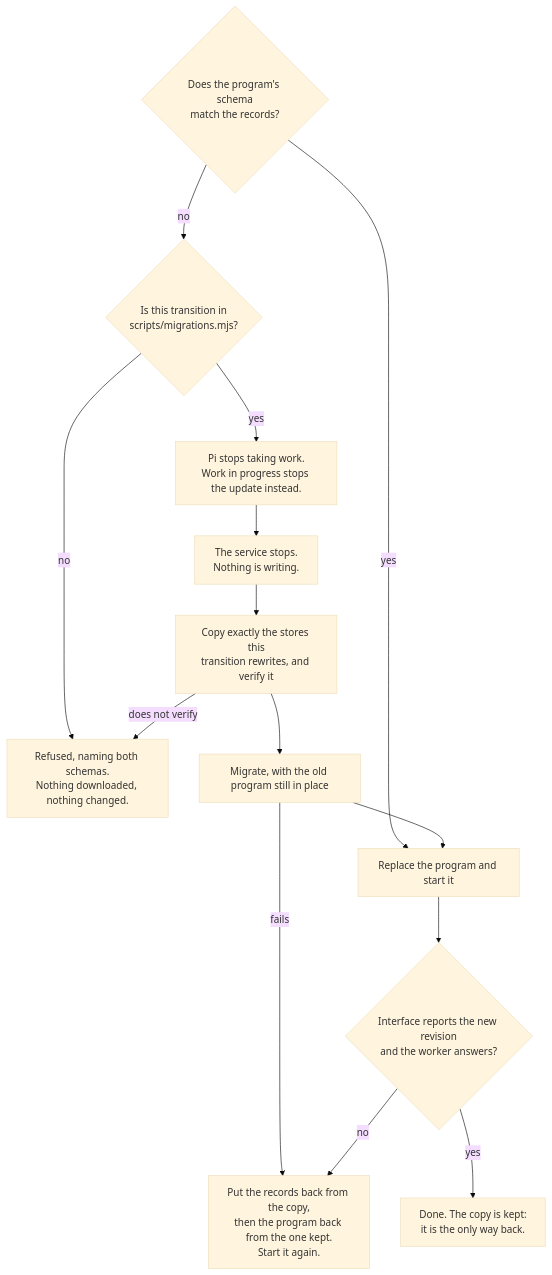
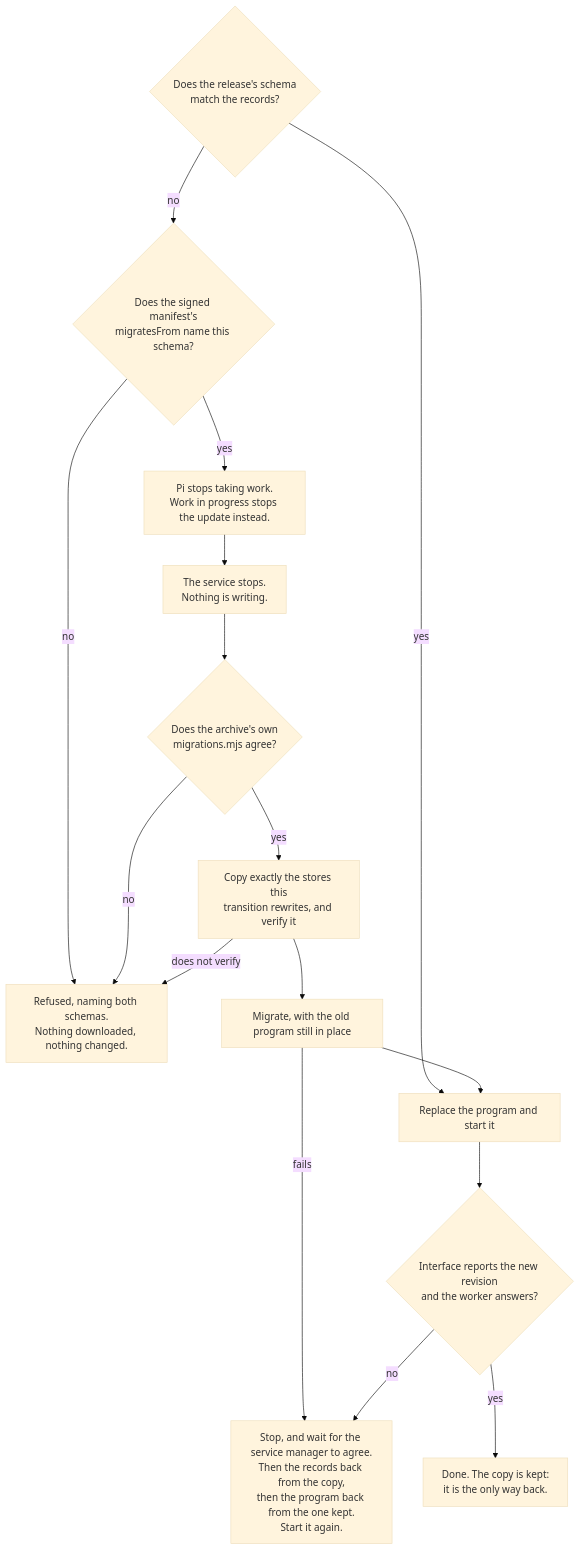
One commit to lustoykov/hallvi changed the diagram in docs/architecture/schema-migrations.md. Above: the diagram before and after it, drawn with Mermaid (base theme). The commit also changed other lines of this file and 2 other files, not shown here.

````diff
--- a/docs/architecture/schema-migrations.md
+++ b/docs/architecture/schema-migrations.md
@@ -7,17 +7,19 @@
 ```mermaid
 flowchart TD
-    ask{"Does the program's schema<br/>match the records?"}
+    ask{"Does the release's schema<br/>match the records?"}
     ask -->|"yes"| swap
-    ask -->|"no"| known{"Is this transition in<br/>scripts/migrations.mjs?"}
+    ask -->|"no"| known{"Does the signed manifest's<br/>migratesFrom name this schema?"}
     known -->|"no"| refuse["Refused, naming both schemas.<br/>Nothing downloaded, nothing changed."]
     known -->|"yes"| hold["Pi stops taking work.<br/>Work in progress stops the update instead."]
     hold --> stop["The service stops.<br/>Nothing is writing."]
-    stop --> copy["Copy exactly the stores this<br/>transition rewrites, and verify it"]
+    stop --> again{"Does the archive's own<br/>migrations.mjs agree?"}
+    again -->|"no"| refuse
+    again -->|"yes"| copy["Copy exactly the stores this<br/>transition rewrites, and verify it"]
     copy -->|"does not verify"| refuse
     copy --> migrate["Migrate, with the old program still in place"]
     migrate -->|"fails"| back
     migrate --> swap["Replace the program and start it"]
     swap --> well{"Interface reports the new revision<br/>and the worker answers?"}
-    well -->|"no"| back["Put the records back from the copy,<br/>then the program back from the one kept.<br/>Start it again."]
+    well -->|"no"| back["Stop, and wait for the service manager to agree.<br/>Then the records back from the copy,<br/>then the program back from the one kept.<br/>Start it again."]
     well -->|"yes"| done["Done. The copy is kept:<br/>it is the only way back."]
 ```
````
